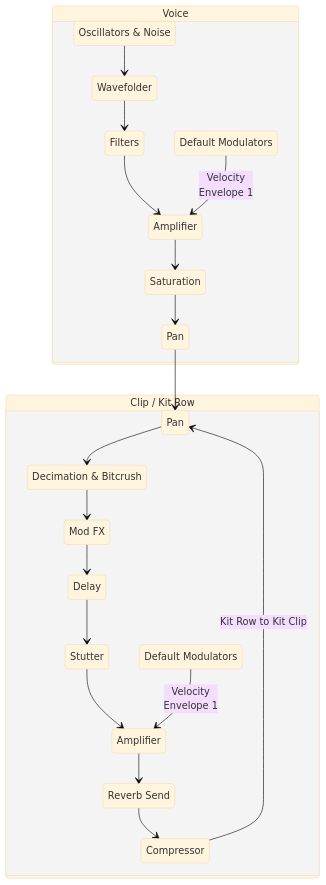
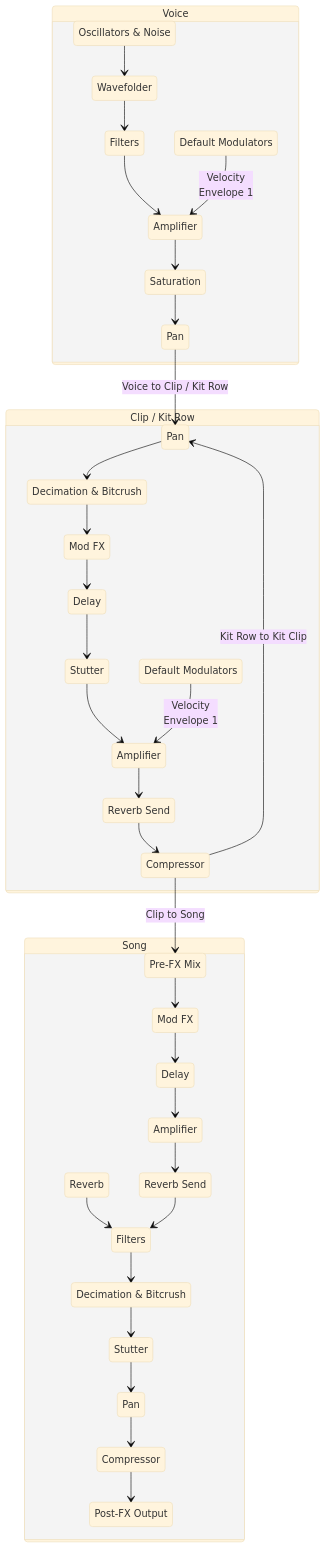
One commit to seangoodvibes/DelugeDocs changed the diagram in docs/documentation/getting-started/device-overview/diagram.md. Above: the diagram before and after it, drawn with Mermaid (base theme). The commit also changed other lines of this file and 1 other file, not shown here.

Commit message:
Update voice architecture diagram

````diff
--- a/docs/documentation/getting-started/device-overview/diagram.md
+++ b/docs/documentation/getting-started/device-overview/diagram.md
@@ -9,35 +11,65 @@
 ``` mermaid
 stateDiagram-v2
     state Voice {
         OscillatorNoise --> Wavefolder 
-        Wavefolder --> Filters
-        Filters --> AmplifierVoice
+        Wavefolder --> FiltersVoice
+        FiltersVoice --> AmplifierVoice
         DefaultModulatorsVoice --> AmplifierVoice: Velocity <br> Envelope 1
         AmplifierVoice --> Saturation
         Saturation --> PanVoice
-        PanVoice --> PanClipKitRow
+        PanVoice --> PanClipKitRow: Voice to Clip / Kit Row
     }
     OscillatorNoise: Oscillators & Noise
+    FiltersVoice: Filters
     AmplifierVoice: Amplifier
     DefaultModulatorsVoice: Default Modulators
     PanVoice: Pan
 
     state ClipKitRow {
-        PanClipKitRow --> DecimationBitCrush
-        DecimationBitCrush --> ModFX
-        ModFX --> Delay
-        Delay --> Stutter
-        Stutter --> AmplifierClipKitRow
+        PanClipKitRow --> DecimationBitCrushClipKitRow
+        DecimationBitCrushClipKitRow --> ModFXClipKitRow
+        ModFXClipKitRow --> DelayClipKitRow
+        DelayClipKitRow --> StutterClipKitRow
+        StutterClipKitRow --> AmplifierClipKitRow
         DefaultModulatorsClipKitRow --> AmplifierClipKitRow: Velocity <br> Envelope 1
-        AmplifierClipKitRow --> ReverbSend
-        ReverbSend --> Compressor
-        Compressor --> PanClipKitRow: Kit Row to Kit Clip
+        AmplifierClipKitRow --> ReverbSendClipKitRow
+        ReverbSendClipKitRow --> CompressorClipKitRow
+        CompressorClipKitRow --> PanClipKitRow: Kit Row to Kit Clip
+        CompressorClipKitRow --> PreFXMix: Clip to Song
     }
     ClipKitRow: Clip / Kit Row
     PanClipKitRow: Pan
-    DecimationBitCrush: Decimation & Bitcrush
-    ModFX: Mod FX
+    DecimationBitCrushClipKitRow: Decimation & Bitcrush
+    ModFXClipKitRow: Mod FX
+    DelayClipKitRow: Delay
+    StutterClipKitRow: Stutter
     AmplifierClipKitRow: Amplifier
     DefaultModulatorsClipKitRow: Default Modulators
-    ReverbSend: Reverb Send
+    ReverbSendClipKitRow: Reverb Send
+    CompressorClipKitRow: Compressor
+
+    state Song {
+        PreFXMix --> ModFXSong
+        ModFXSong --> DelaySong
+        DelaySong --> AmplifierSong
+        AmplifierSong --> ReverbSendSong
+        Reverb --> FiltersSong
+        ReverbSendSong --> FiltersSong
+        FiltersSong --> DecimationBitCrushSong
+        DecimationBitCrushSong --> StutterSong
+        StutterSong --> PanSong
+        PanSong --> CompressorSong
+        CompressorSong --> PostFXOutput
+    }
+    PreFXMix: Pre-FX Mix
+    ModFXSong: Mod FX
+    DelaySong: Delay
+    AmplifierSong: Amplifier
+    ReverbSendSong: Reverb Send
+    FiltersSong: Filters
+    DecimationBitCrushSong: Decimation & Bitcrush
+    StutterSong: Stutter
+    PanSong: Pan
+    CompressorSong: Compressor
+    PostFXOutput: Post-FX Output
 ```
````
